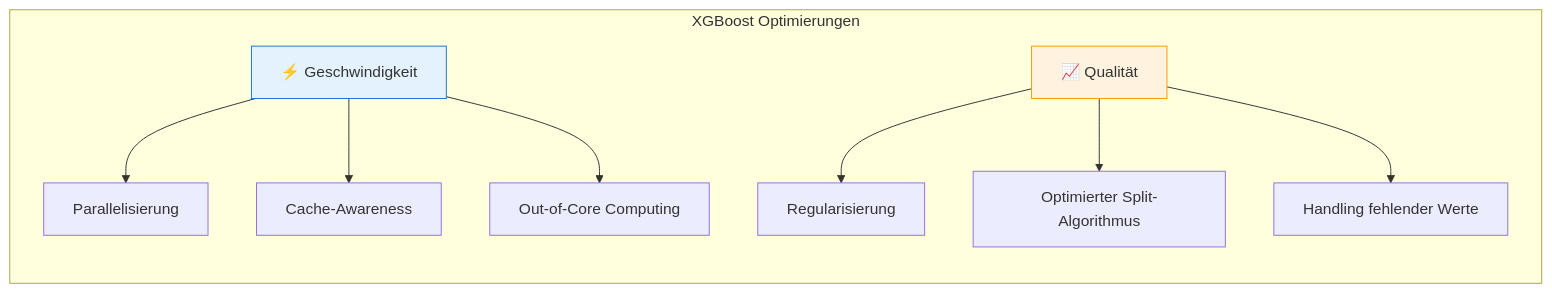
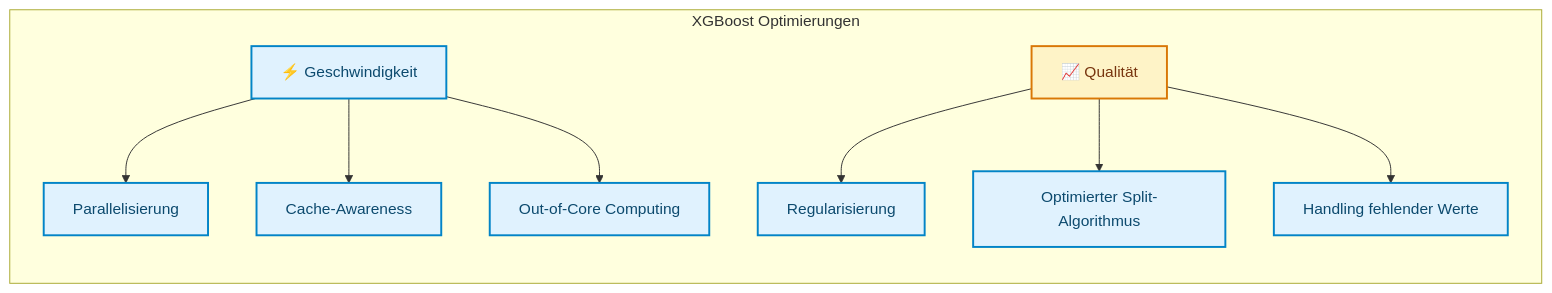
The third of 5 diagrams in docs/concepts/modeling/xgboost.md (ralf-42/ML_Intro), drawn with Mermaid before and after one commit. The commit also changed other lines of this file and 67 other files, not shown here.

````diff
--- a/docs/concepts/modeling/xgboost.md
+++ b/docs/concepts/modeling/xgboost.md
@@ -96,19 +99,20 @@
 ```mermaid
 flowchart TD
     subgraph XGB["XGBoost Optimierungen"]
         direction TB
         
         SPEED["⚡ Geschwindigkeit"]
         SPEED --> S1["Parallelisierung"]
         SPEED --> S2["Cache-Awareness"]
         SPEED --> S3["Out-of-Core Computing"]
         
         QUALITY["📈 Qualität"]
         QUALITY --> Q1["Regularisierung"]
         QUALITY --> Q2["Optimierter Split-Algorithmus"]
         QUALITY --> Q3["Handling fehlender Werte"]
     end
-    
-    style SPEED fill:#e3f2fd,stroke:#1976d2
-    style QUALITY fill:#fff3e0,stroke:#ff9800
+
+    classDef default fill:#e0f2fe,stroke:#0284c7,stroke-width:2px,color:#0c4a6e;
+    classDef metric fill:#fef3c7,stroke:#d97706,stroke-width:2px,color:#78350f;
+    class QUALITY metric;
 ```
````
